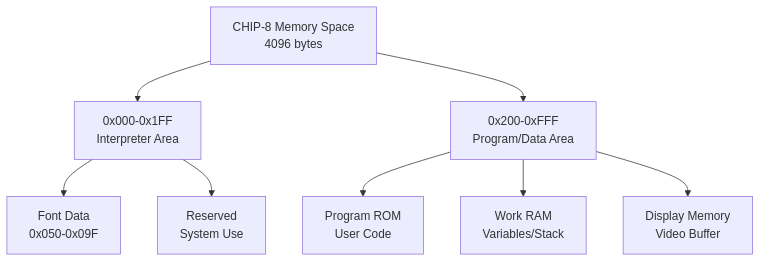
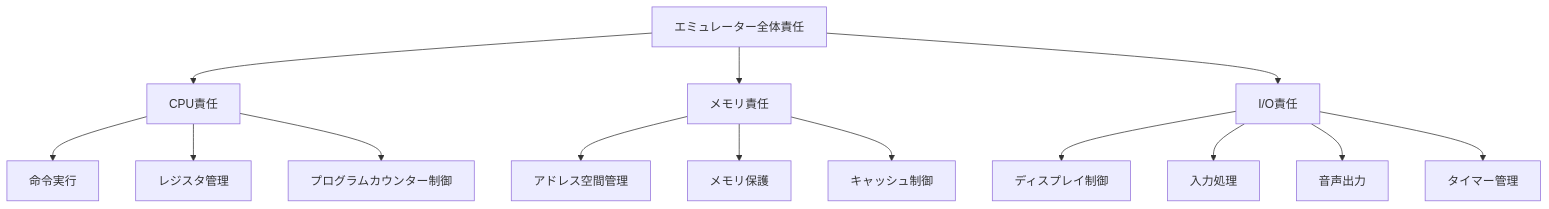
One commit to takeokunn/cl-chip8 changed the third of 14 diagrams in docs/explanation/02-architecture-design.md. Above: the diagram before and after it, drawn with Mermaid. The commit also changed other lines of this file and 27 other files, not shown here.

````diff
--- a/docs/explanation/02-architecture-design.md
+++ b/docs/explanation/02-architecture-design.md
@@ -98,12 +162,19 @@
 ```mermaid
 graph TD
-    A[CHIP-8 Memory Space<br/>4096 bytes] --> B[0x000-0x1FF<br/>Interpreter Area]
-    A --> C[0x200-0xFFF<br/>Program/Data Area]
+    A[エミュレーター全体責任] --> B[CPU責任]
+    A --> C[メモリ責任]
+    A --> D[I/O責任]
 
-    B --> B1[Font Data<br/>0x050-0x09F]
-    B --> B2[Reserved<br/>System Use]
+    B --> B1[命令実行]
+    B --> B2[レジスタ管理]
+    B --> B3[プログラムカウンター制御]
 
-    C --> C1[Program ROM<br/>User Code]
-    C --> C2[Work RAM<br/>Variables/Stack]
-    C --> C3[Display Memory<br/>Video Buffer]
+    C --> C1[アドレス空間管理]
+    C --> C2[メモリ保護]
+    C --> C3[キャッシュ制御]
+
+    D --> D1[ディスプレイ制御]
+    D --> D2[入力処理]
+    D --> D3[音声出力]
+    D --> D4[タイマー管理]
 ```
````
